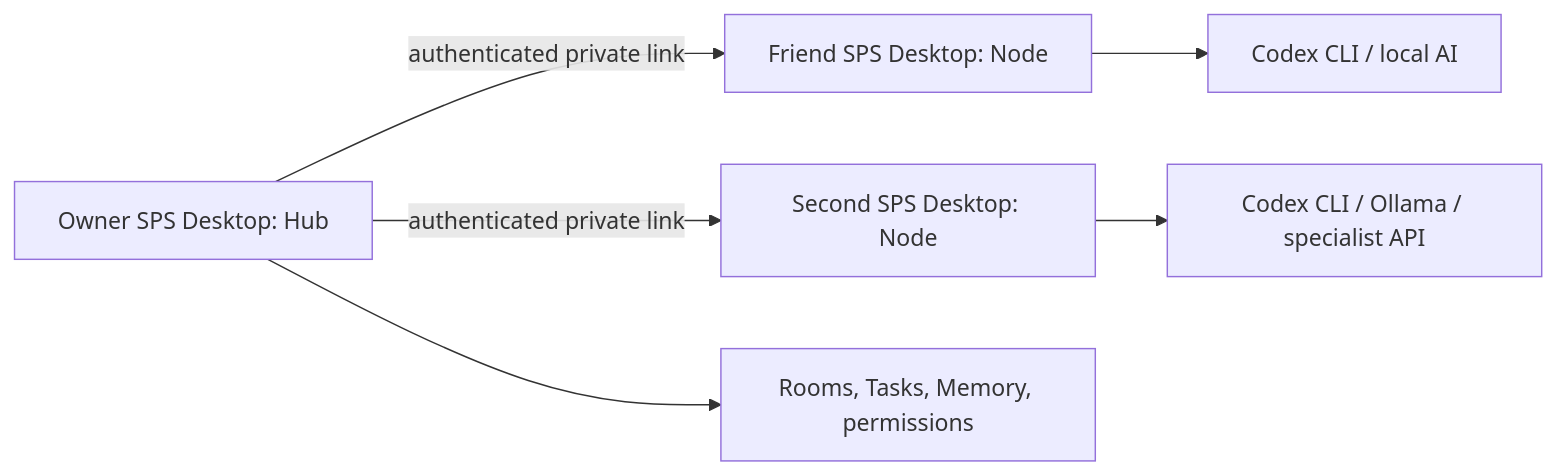
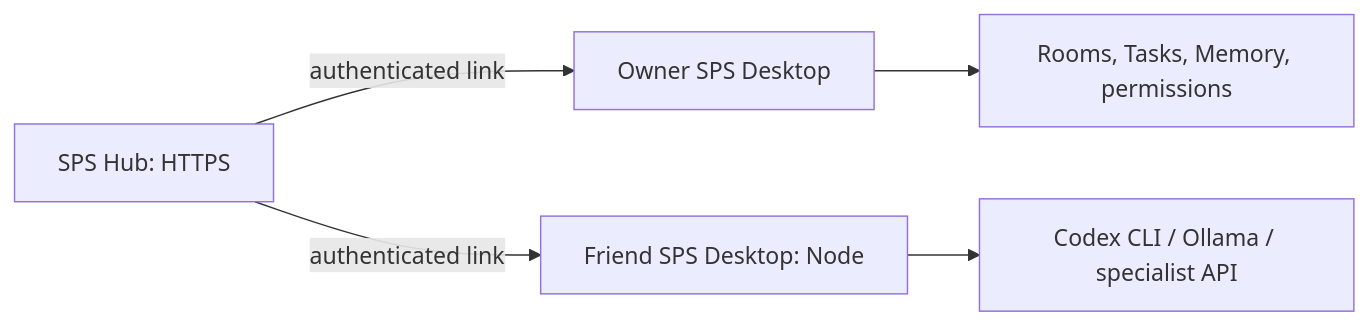
One commit to Powerpunch777/SPS-Source changed the diagram in sps-server/98-sps-desktop-multinode-architecture-ko.md. Above: the diagram before and after it, drawn with Mermaid. The commit also changed other lines of this file and 17 other files, not shown here.

Commit message:
refactor: make SPS Desktop hosted-hub only

````diff
--- a/sps-server/98-sps-desktop-multinode-architecture-ko.md
+++ b/sps-server/98-sps-desktop-multinode-architecture-ko.md
@@ -19,8 +16,7 @@
 ```mermaid
 flowchart LR
-  A[Owner SPS Desktop: Hub] -->|authenticated private link| B[Friend SPS Desktop: Node]
-  A -->|authenticated private link| C[Second SPS Desktop: Node]
-  B --> D[Codex CLI / local AI]
+  A[SPS Hub: HTTPS] -->|authenticated link| B[Owner SPS Desktop]
+  A -->|authenticated link| C[Friend SPS Desktop: Node]
+  B --> D[Rooms, Tasks, Memory, permissions]
   C --> E[Codex CLI / Ollama / specialist API]
-  A --> F[Rooms, Tasks, Memory, permissions]
 ```
````
